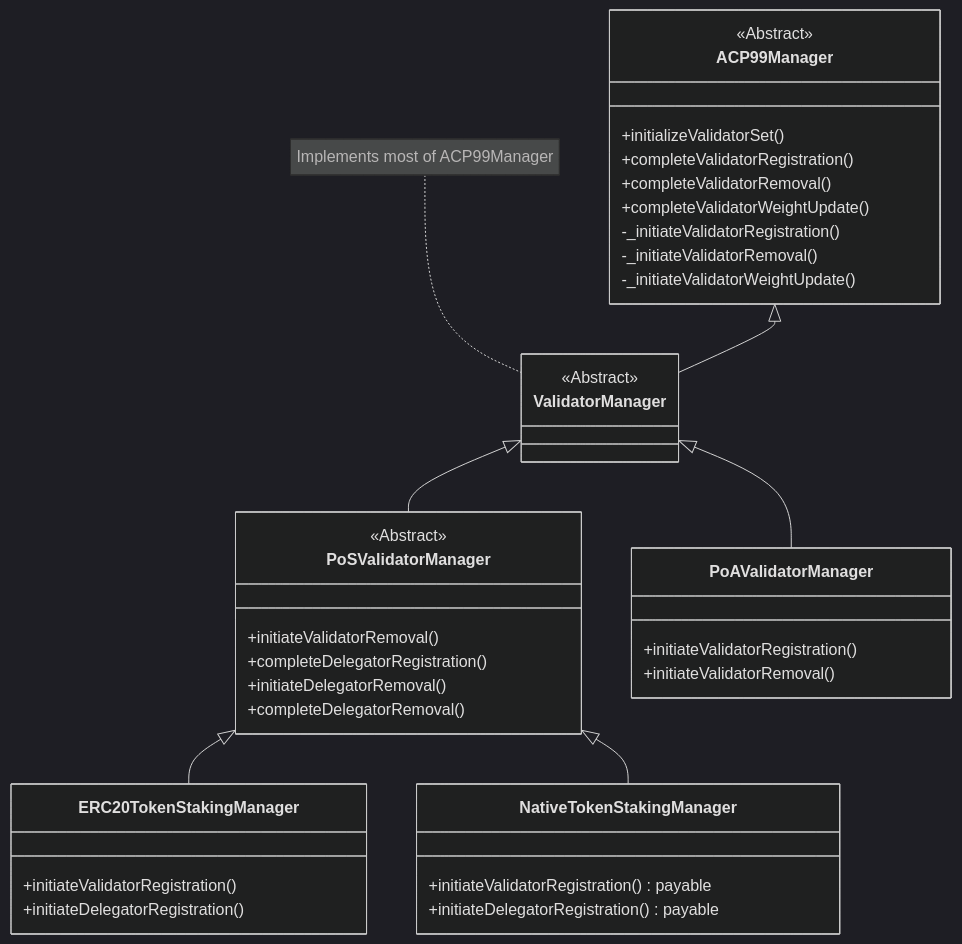
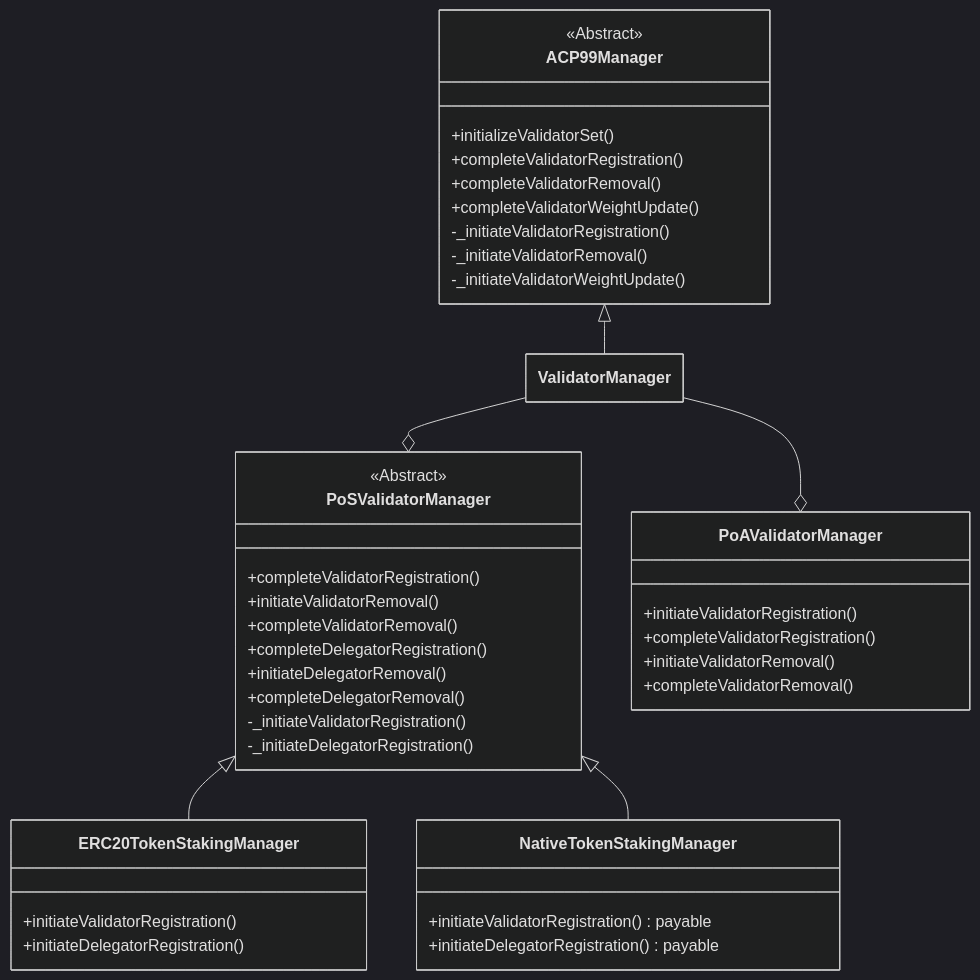
The diagram in contracts/validator-manager/README.md (quantum-smith427t6/icm-contracts), drawn with Mermaid (dark theme) before and after one commit.

Commit message:
update class diagram

````diff
--- a/contracts/validator-manager/README.md
+++ b/contracts/validator-manager/README.md
@@ -5,43 +5,52 @@
 ```mermaid
+---
+  config:
+    class:
+      hideEmptyMembersBox: true
+---
 classDiagram
 class ACP99Manager {
     +initializeValidatorSet()
     +completeValidatorRegistration()
     +completeValidatorRemoval()
     +completeValidatorWeightUpdate()
     -_initiateValidatorRegistration()
     -_initiateValidatorRemoval()
     -_initiateValidatorWeightUpdate()
 }
 <<Abstract>> ACP99Manager
 
 class ValidatorManager 
-<<Abstract>> ValidatorManager
-note for ValidatorManager "Implements most of ACP99Manager"
 
 class PoSValidatorManager {
+    +completeValidatorRegistration()
     +initiateValidatorRemoval()
+    +completeValidatorRemoval()
     +completeDelegatorRegistration()
     +initiateDelegatorRemoval()
     +completeDelegatorRemoval()
+    -_initiateValidatorRegistration()
+    -_initiateDelegatorRegistration()
 }
 <<Abstract>> PoSValidatorManager
 class ERC20TokenStakingManager {
     +initiateValidatorRegistration()
     +initiateDelegatorRegistration()
 }
 class NativeTokenStakingManager {
     +initiateValidatorRegistration() payable
     +initiateDelegatorRegistration() payable
 }
 class PoAValidatorManager {
     +initiateValidatorRegistration()
+    +completeValidatorRegistration()
     +initiateValidatorRemoval()
+    +completeValidatorRemoval()
 }
 
 ACP99Manager <|-- ValidatorManager
-ValidatorManager <|-- PoSValidatorManager
-ValidatorManager <|-- PoAValidatorManager
+ValidatorManager --o  PoSValidatorManager
+ValidatorManager --o  PoAValidatorManager
 PoSValidatorManager <|-- ERC20TokenStakingManager
 PoSValidatorManager <|-- NativeTokenStakingManager
 ```
````
